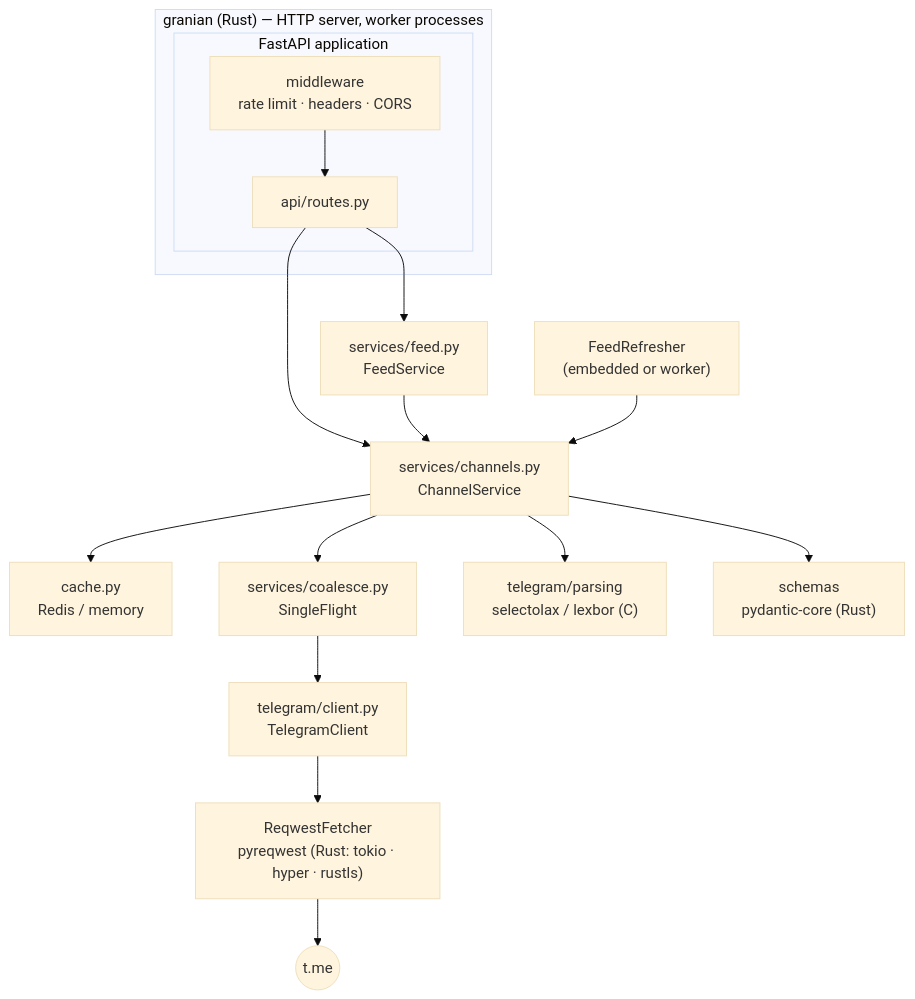
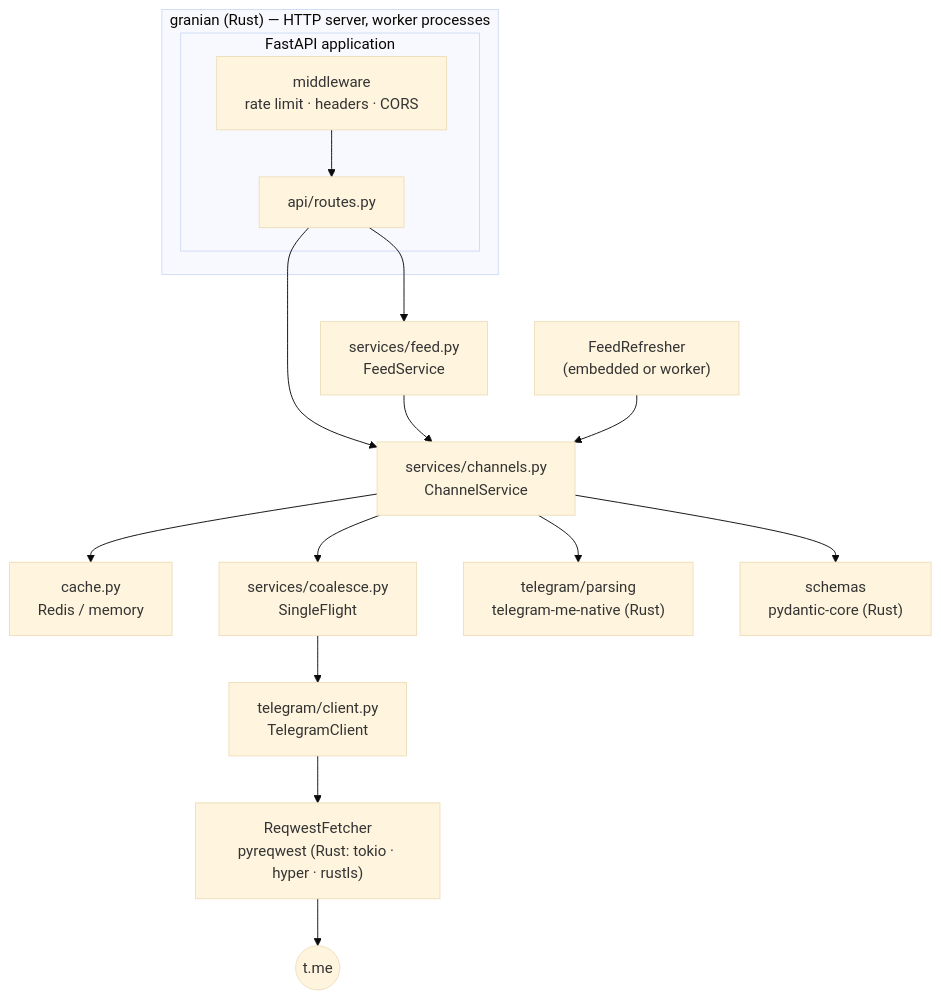
One commit to koval01/telegram-me changed the diagram in docs/internals/architecture.md. Above: the diagram before and after it, drawn with Mermaid (base theme). The commit also changed other lines of this file and 34 other files, not shown here.

````diff
--- a/docs/internals/architecture.md
+++ b/docs/internals/architecture.md
@@ -9,21 +9,21 @@
 ```mermaid
 flowchart TB
     subgraph granian["granian (Rust) — HTTP server, worker processes"]
         subgraph app["FastAPI application"]
             MW["middleware<br/>rate limit · headers · CORS"]
             R["api/routes.py"]
             MW --> R
         end
     end
     R --> CS["services/channels.py<br/>ChannelService"]
     R --> FS["services/feed.py<br/>FeedService"]
     FS --> CS
     RF["FeedRefresher<br/>(embedded or worker)"] --> CS
     CS --> C["cache.py<br/>Redis / memory"]
     CS --> SF["services/coalesce.py<br/>SingleFlight"]
     SF --> TC["telegram/client.py<br/>TelegramClient"]
     TC --> F["ReqwestFetcher<br/>pyreqwest (Rust: tokio · hyper · rustls)"]
     F --> T(("t.me"))
-    CS --> P["telegram/parsing<br/>selectolax / lexbor (C)"]
+    CS --> P["telegram/parsing<br/>telegram-me-native (Rust)"]
     CS --> V["schemas<br/>pydantic-core (Rust)"]
 ```
````
